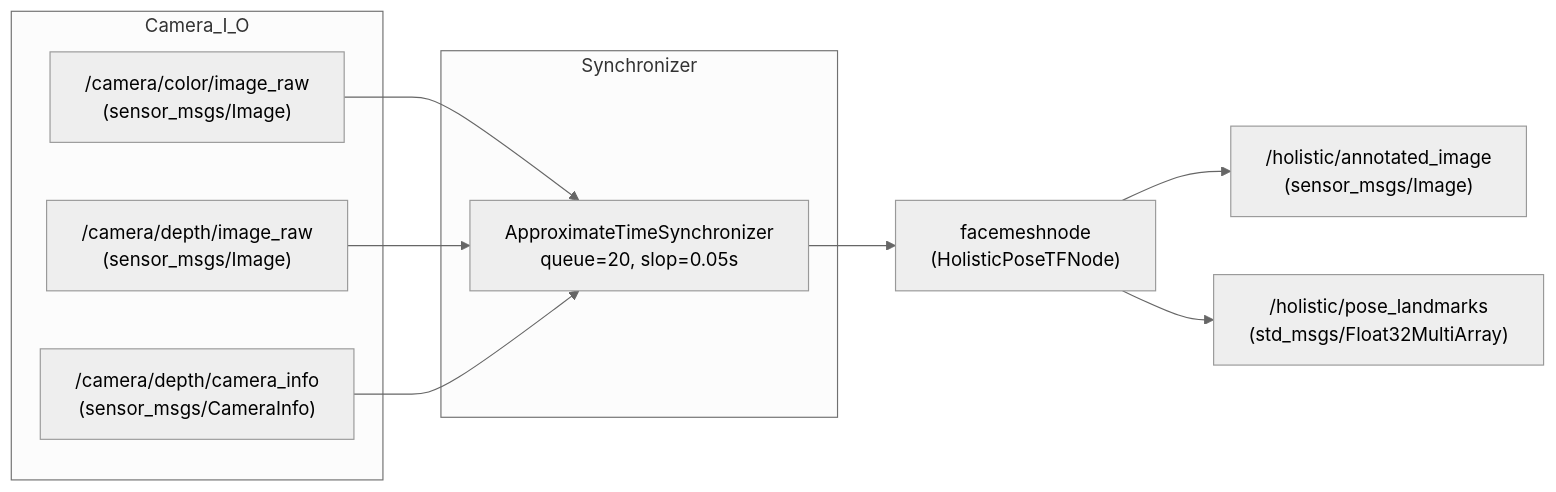
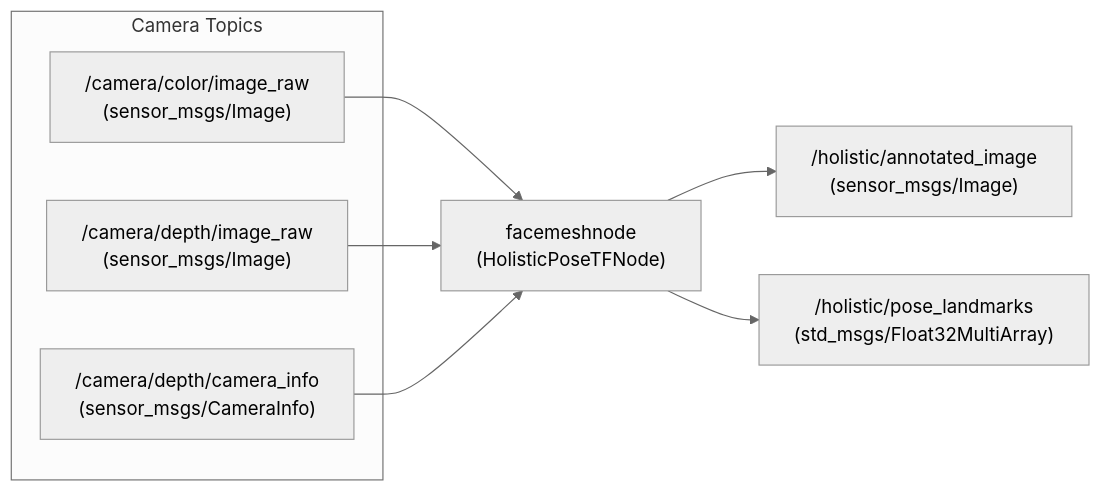
The diagram in README.md (iHaruruki/mediapipe_ros2), drawn with Mermaid (neutral theme) before and after one commit.

````diff
--- a/README.md
+++ b/README.md
@@ -6,29 +6,23 @@
 ```mermaid
 flowchart LR
   %% ---------- Input topics ----------
-  subgraph Camera_I_O
+  subgraph Camera Topics
     CIMG["/camera/color/image_raw<br/>(sensor_msgs/Image)"]
     DIMG["/camera/depth/image_raw<br/>(sensor_msgs/Image)"]
     DINFO["/camera/depth/camera_info<br/>(sensor_msgs/CameraInfo)"]
   end
 
   %% ---------- Node ----------
   NODE["facemeshnode<br/>(HolisticPoseTFNode)"]
 
-  %% ---------- Sync block ----------
-  subgraph Synchronizer
-    ATS["ApproximateTimeSynchronizer<br/>queue=20, slop=0.05s"]
-  end
-
-  CIMG --> ATS
-  DIMG --> ATS
-  DINFO --> ATS
-  ATS --> NODE
+  CIMG --> NODE
+  DIMG --> NODE
+  DINFO --> NODE
 
   %% ---------- Output topics ----------
   ANN["/holistic/annotated_image<br/>(sensor_msgs/Image)"]
   LM["/holistic/pose_landmarks<br/>(std_msgs/Float32MultiArray)"]
 
   NODE --> ANN
   NODE --> LM
 ```
````
